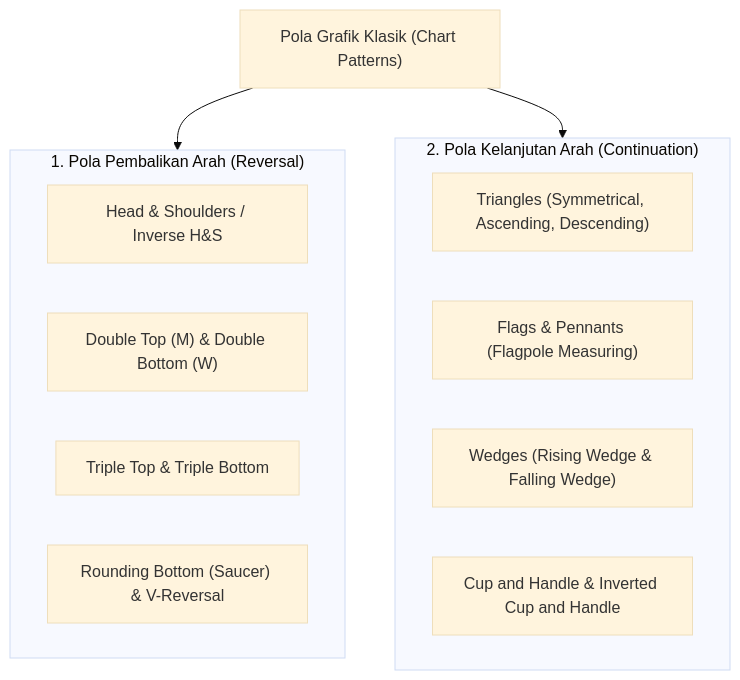
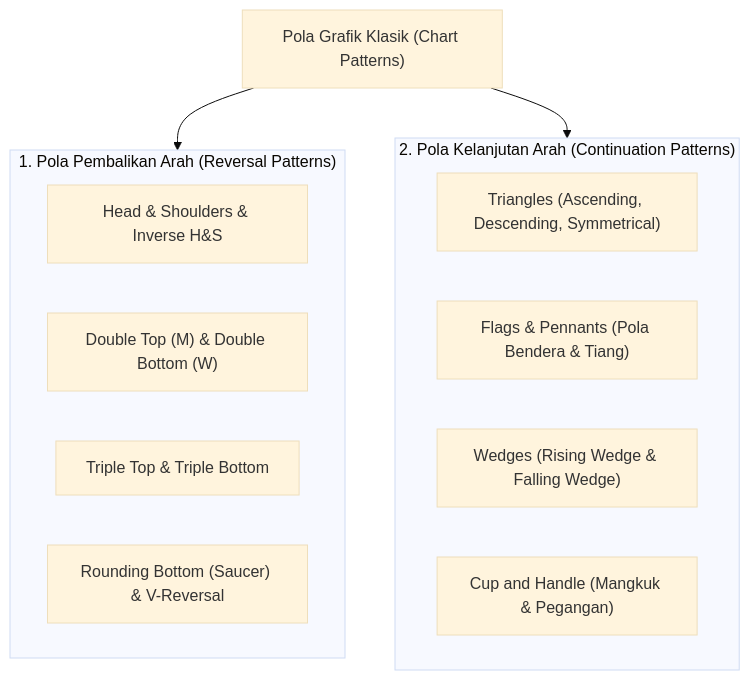
The first of 9 diagrams in docs/edianto-ong/21-chart-patterns.md (AlulCode45/Trading-Learning-Path), drawn with Mermaid (base theme) before and after one commit. The commit also changed other lines of this file and 29 other files, not shown here.

Commit message:
docs(edianto-ong): upgrade all 29 chapters with beginner analogies, diagrams, step-by-step guides, and case studies

````diff
--- a/docs/edianto-ong/21-chart-patterns.md
+++ b/docs/edianto-ong/21-chart-patterns.md
@@ -16,21 +16,21 @@
 ```mermaid
 flowchart TD
     ChartPatterns["Pola Grafik Klasik (Chart Patterns)"]
     
-    subgraph ReversalGroup["1. Pola Pembalikan Arah (Reversal)"]
-        HnS["Head & Shoulders / Inverse H&S"]
+    subgraph ReversalGroup["1. Pola Pembalikan Arah (Reversal Patterns)"]
+        HnS["Head & Shoulders & Inverse H&S"]
         DoubleTB["Double Top (M) & Double Bottom (W)"]
         TripleTB["Triple Top & Triple Bottom"]
         RoundingV["Rounding Bottom (Saucer) & V-Reversal"]
     end
 
-    subgraph ContinuationGroup["2. Pola Kelanjutan Arah (Continuation)"]
-        Triangles["Triangles (Symmetrical, Ascending, Descending)"]
-        FlagsPennants["Flags & Pennants (Flagpole Measuring)"]
+    subgraph ContinuationGroup["2. Pola Kelanjutan Arah (Continuation Patterns)"]
+        Triangles["Triangles (Ascending, Descending, Symmetrical)"]
+        FlagsPennants["Flags & Pennants (Pola Bendera & Tiang)"]
         Wedges["Wedges (Rising Wedge & Falling Wedge)"]
-        CupHandle["Cup and Handle & Inverted Cup and Handle"]
+        CupHandle["Cup and Handle (Mangkuk & Pegangan)"]
     end
 
     ChartPatterns --> ReversalGroup
     ChartPatterns --> ContinuationGroup
 ```
````
